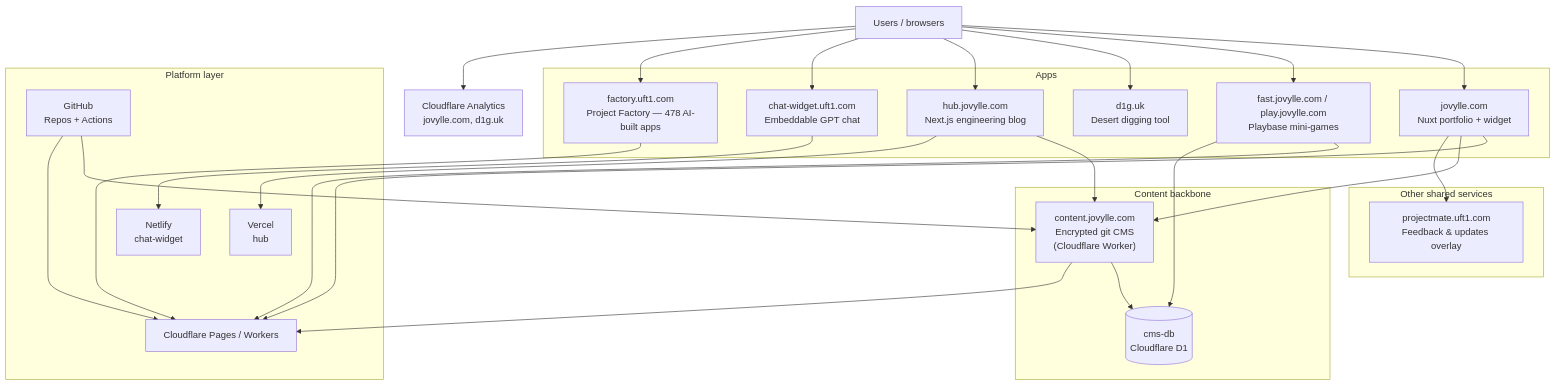
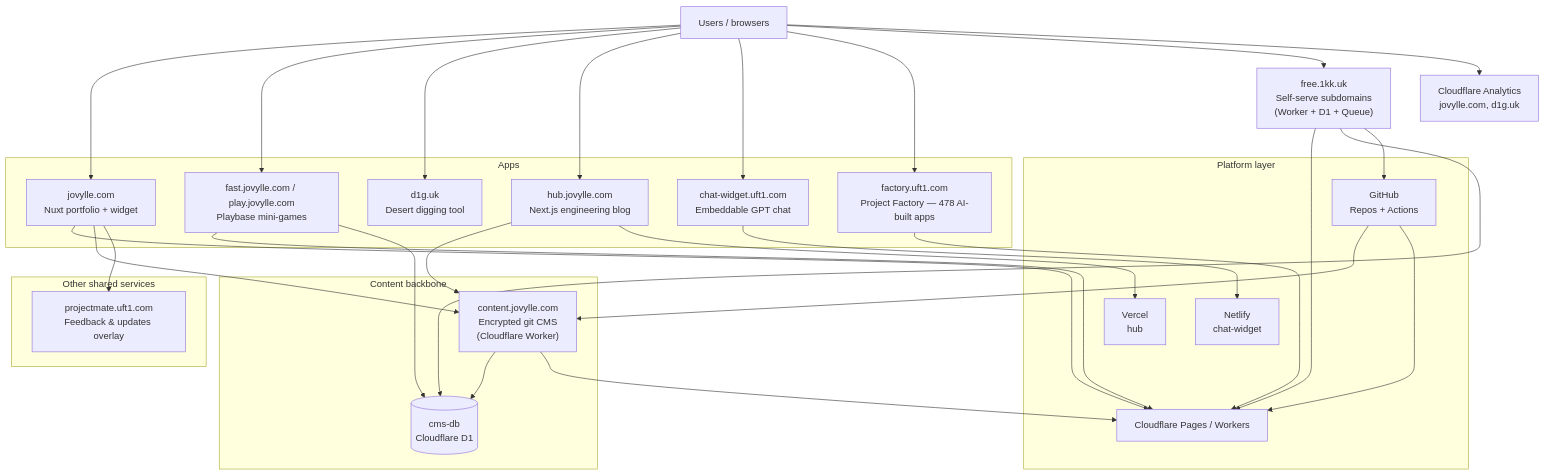
One commit to jovylle/jovylle.com changed the diagram in content/ecosystem.md. Above: the diagram before and after it, drawn with Mermaid. The commit also changed other lines of this file, not shown here.

Commit message:
ecosystem: add Free Subdomains section + diagram node + links

````diff
--- a/content/ecosystem.md
+++ b/content/ecosystem.md
@@ -12,52 +12,58 @@
 ```mermaid
 flowchart TB
   Users["Users / browsers"]
 
   subgraph apps["Apps"]
     Portfolio["jovylle.com<br/>Nuxt portfolio + widget"]
     Playbase["fast.jovylle.com / play.jovylle.com<br/>Playbase mini-games"]
     D1G["d1g.uk<br/>Desert digging tool"]
     Hub["hub.jovylle.com<br/>Next.js engineering blog"]
     ChatW["chat-widget.uft1.com<br/>Embeddable GPT chat"]
     Factory["factory.uft1.com<br/>Project Factory — 478 AI-built apps"]
   end
 
   subgraph cms["Content backbone"]
     CMS["content.jovylle.com<br/>Encrypted git CMS<br/>(Cloudflare Worker)"]
     DB[("cms-db<br/>Cloudflare D1")]
   end
 
   subgraph shared["Other shared services"]
     PMate["projectmate.uft1.com<br/>Feedback & updates overlay"]
   end
 
   subgraph platform["Platform layer"]
     CF["Cloudflare Pages / Workers"]
     Vercel["Vercel<br/>hub"]
     Netlify["Netlify<br/>chat-widget"]
     GH["GitHub<br/>Repos + Actions"]
   end
 
+  Free1kk["free.1kk.uk<br/>Self-serve subdomains<br/>(Worker + D1 + Queue)"]
+
   Obs["Cloudflare Analytics<br/>jovylle.com, d1g.uk"]
 
   Users --> Portfolio
   Users --> Playbase
   Users --> D1G
   Users --> Hub
   Users --> ChatW
   Users --> Factory
+  Users --> Free1kk
+  Free1kk --> CF
+  Free1kk --> DB
+  Free1kk --> GH
   Portfolio --> CF
   Portfolio --> CMS
   Portfolio --> PMate
   Hub --> CMS
   Hub --> Vercel
   ChatW --> Netlify
   Playbase --> CF
   Playbase --> DB
   Factory --> CF
   CMS --> DB
   CMS --> CF
   GH --> CMS
   GH --> CF
   Users --> Obs
 ```
````
